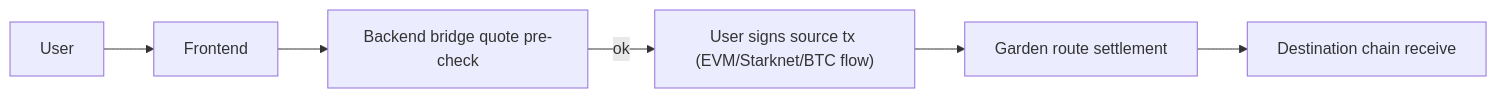
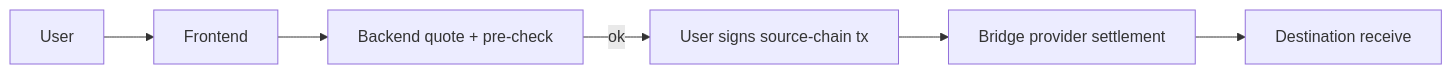
The third of 3 diagrams in README.md (ntfound-dev/zkcarel_protocol), drawn with Mermaid before and after one commit. The commit also changed other lines of this file and 25 other files, not shown here.

````diff
--- a/README.md
+++ b/README.md
@@ -131,8 +137,8 @@
 ```mermaid
 flowchart LR
   U["User"] --> FE["Frontend"]
-  FE --> Q["Backend bridge quote pre-check"]
-  Q -->|ok| SIG["User signs source tx (EVM/Starknet/BTC flow)"]
-  SIG --> G["Garden route settlement"]
-  G --> DST["Destination chain receive"]
+  FE --> Q["Backend quote + pre-check"]
+  Q -->|ok| SIG["User signs source-chain tx"]
+  SIG --> G["Bridge provider settlement"]
+  G --> DST["Destination receive"]
 ```
````
